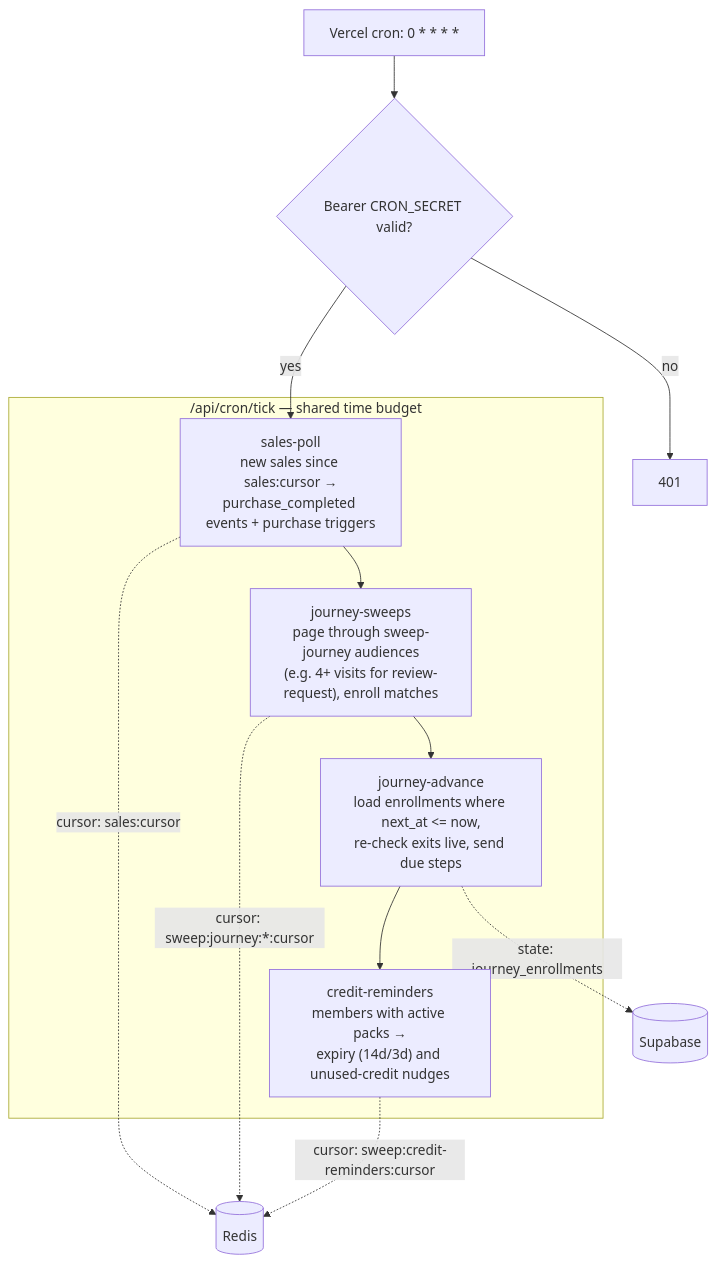
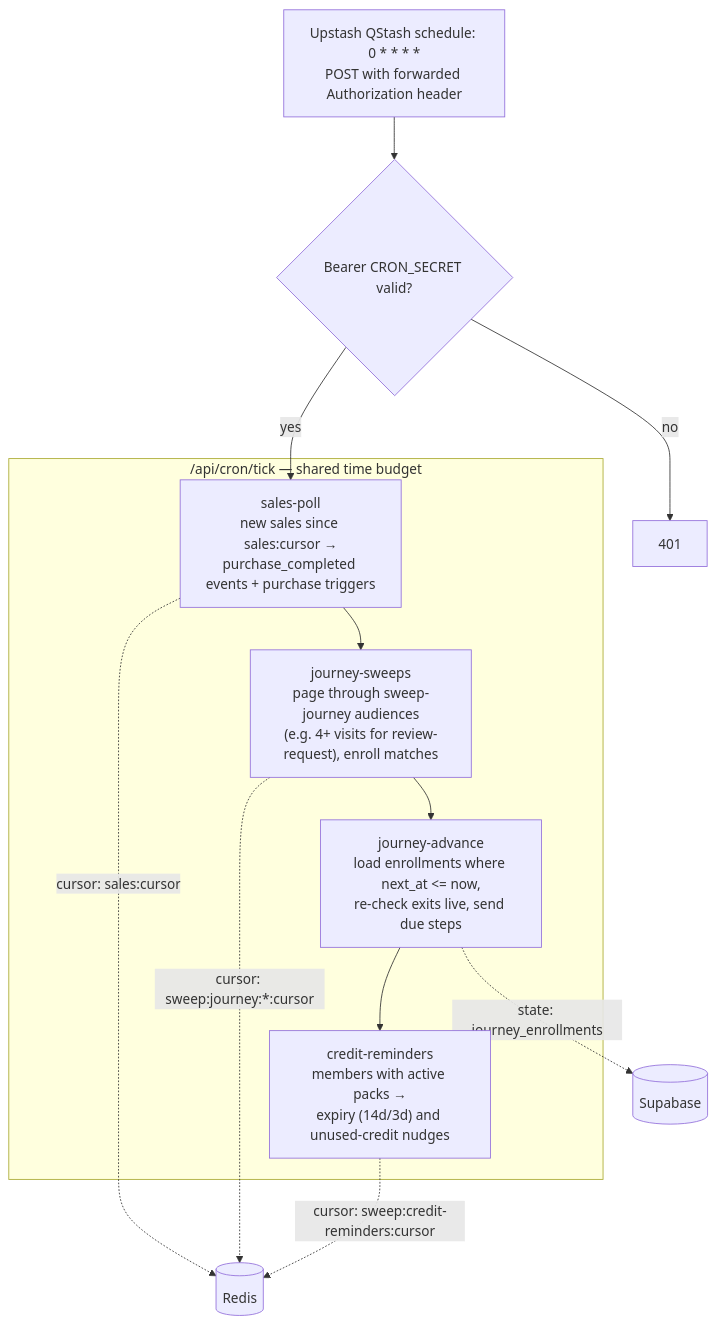
One commit to weslexcore/pyre changed the third of 8 diagrams in apps/integrations/docs/event-flows.md. Above: the diagram before and after it, drawn with Mermaid. The commit also changed 3 other files, not shown here.

First line of the commit message:
Update cron integration from Vercel to Upstash QStash

````diff
--- a/apps/integrations/docs/event-flows.md
+++ b/apps/integrations/docs/event-flows.md
@@ -90,19 +90,19 @@
 ```mermaid
 flowchart TD
-    CRON["Vercel cron: 0 * * * *"] --> AUTH{"Bearer CRON_SECRET valid?"}
+    CRON["Upstash QStash schedule: 0 * * * *<br/>POST with forwarded Authorization header"] --> AUTH{"Bearer CRON_SECRET valid?"}
     AUTH -- no --> DENY["401"]
     AUTH -- yes --> SP
 
     subgraph tick["/api/cron/tick — shared time budget"]
         SP["sales-poll<br/>new sales since sales:cursor →<br/>purchase_completed events + purchase triggers"]
         JS["journey-sweeps<br/>page through sweep-journey audiences<br/>(e.g. 4+ visits for review-request), enroll matches"]
         JA["journey-advance<br/>load enrollments where next_at <= now,<br/>re-check exits live, send due steps"]
         CR["credit-reminders<br/>members with active packs →<br/>expiry (14d/3d) and unused-credit nudges"]
         SP --> JS --> JA --> CR
     end
 
     SP -. "cursor: sales:cursor" .-> REDIS[("Redis")]
     JS -. "cursor: sweep:journey:*:cursor" .-> REDIS
     CR -. "cursor: sweep:credit-reminders:cursor" .-> REDIS
     JA -. "state: journey_enrollments" .-> SB[("Supabase")]
 ```
````
